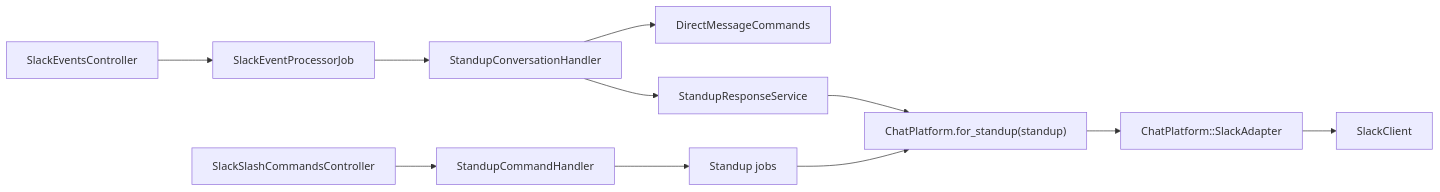
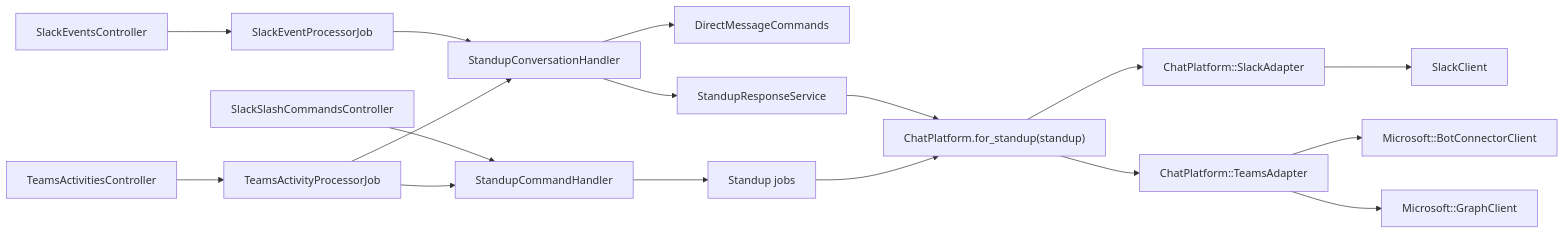
The second of 4 diagrams in docs/architecture.md (mrecachinas/standup-bot), drawn with Mermaid before and after one commit. The commit also changed other lines of this file and 100 other files, not shown here.

First line of the commit message:
Add Microsoft Teams as a chat platform

````diff
--- a/docs/architecture.md
+++ b/docs/architecture.md
@@ -42,13 +52,19 @@
 ```mermaid
 flowchart LR
     SE[SlackEventsController] --> J[SlackEventProcessorJob]
     SS[SlackSlashCommandsController] --> CMD[StandupCommandHandler]
+    TA[TeamsActivitiesController] --> TJ[TeamsActivityProcessorJob]
     J --> CH[StandupConversationHandler]
+    TJ --> CH
+    TJ --> CMD
     CH --> DM[DirectMessageCommands]
     CH --> SVC[StandupResponseService]
     CMD --> Jobs[Standup jobs]
     SVC --> REG["ChatPlatform.for_standup(standup)"]
     Jobs --> REG
     REG --> SA[ChatPlatform::SlackAdapter]
+    REG --> TAD[ChatPlatform::TeamsAdapter]
     SA --> SC[SlackClient]
+    TAD --> BC[Microsoft::BotConnectorClient]
+    TAD --> GC[Microsoft::GraphClient]
 ```
````
